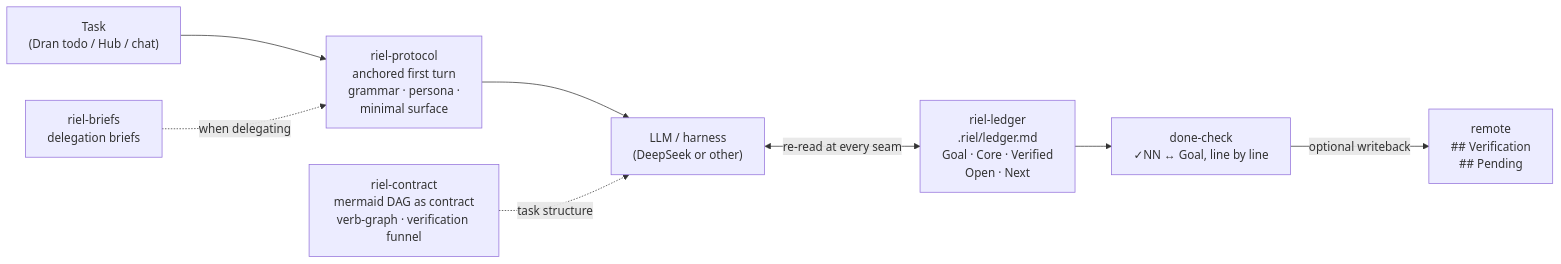
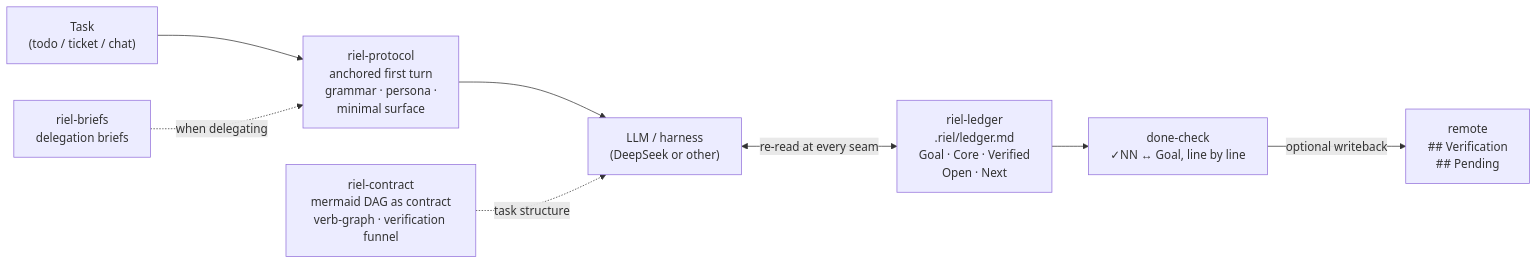
The first of 3 diagrams in README.md (alvarolizama/riel), drawn with Mermaid before and after one commit. The commit also changed other lines of this file, not shown here.

Commit message:
docs: remove Dran references from README

````diff
--- a/README.md
+++ b/README.md
@@ -20,10 +20,10 @@
 ```mermaid
 flowchart LR
-  TASK["Task\n(Dran todo / Hub / chat)"] --> P["riel-protocol\nanchored first turn\ngrammar · persona ·\nminimal surface"]
+  TASK["Task\n(todo / ticket / chat)"] --> P["riel-protocol\nanchored first turn\ngrammar · persona ·\nminimal surface"]
   B["riel-briefs\ndelegation briefs"] -.->|"when delegating"| P
   P --> LLM["LLM / harness\n(DeepSeek or other)"]
   C["riel-contract\nmermaid DAG as contract\nverb-graph · verification funnel"] -.->|"task structure"| LLM
   LLM <-->|"re-read at every seam"| LEDGER["riel-ledger\n.riel/ledger.md\nGoal · Core · Verified\nOpen · Next"]
   LEDGER --> DC["done-check\n✓NN ↔ Goal, line by line"]
   DC -->|"optional writeback"| REMOTE["remote\n## Verification\n## Pending"]
 ```
````
